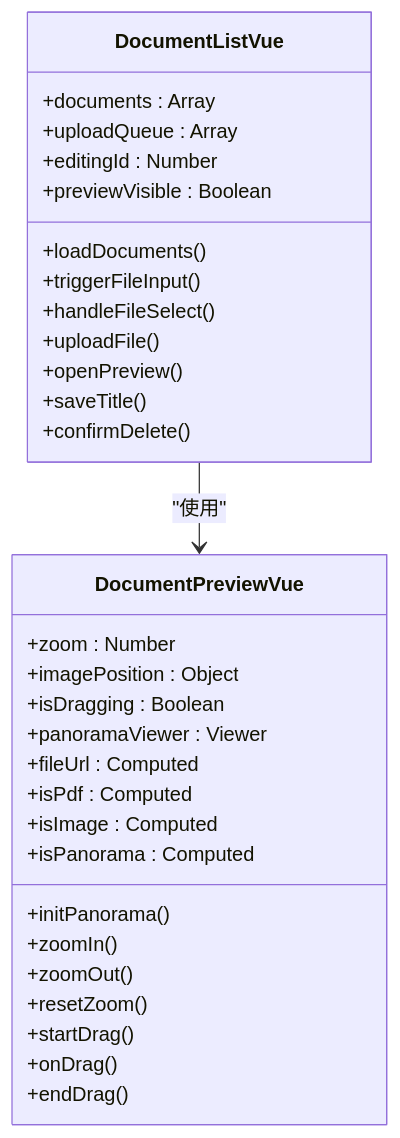
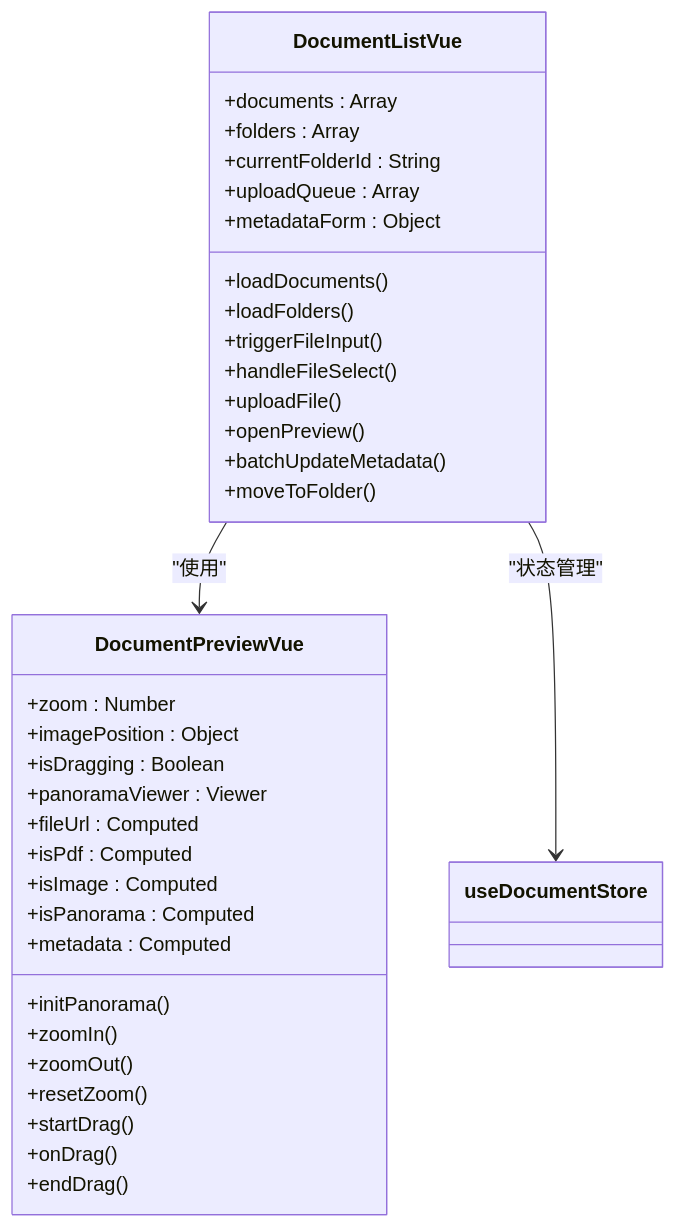
One commit to ideeinfo/TwinSight changed the third of 3 diagrams in .qoder/repowiki/zh/content/核心功能模块/文档管理.md. Above: the diagram before and after it, drawn with Mermaid. The commit also changed other lines of this file and 7 other files, not shown here.

````diff
--- a/.qoder/repowiki/zh/content/核心功能模块/文档管理.md
+++ b/.qoder/repowiki/zh/content/核心功能模块/文档管理.md
@@ -136,34 +130,38 @@
 ```mermaid
 classDiagram
 class DocumentListVue {
 +documents : Array
++folders : Array
++currentFolderId : String
 +uploadQueue : Array
-+editingId : Number
-+previewVisible : Boolean
++metadataForm : Object
 +loadDocuments()
++loadFolders()
 +triggerFileInput()
 +handleFileSelect()
 +uploadFile()
 +openPreview()
-+saveTitle()
-+confirmDelete()
++batchUpdateMetadata()
++moveToFolder()
 }
 class DocumentPreviewVue {
 +zoom : Number
 +imagePosition : Object
 +isDragging : Boolean
 +panoramaViewer : Viewer
 +fileUrl : Computed
 +isPdf : Computed
 +isImage : Computed
 +isPanorama : Computed
++metadata : Computed
 +initPanorama()
 +zoomIn()
 +zoomOut()
 +resetZoom()
 +startDrag()
 +onDrag()
 +endDrag()
 }
 DocumentListVue --> DocumentPreviewVue : "使用"
+DocumentListVue --> useDocumentStore : "状态管理"
 ```
````
